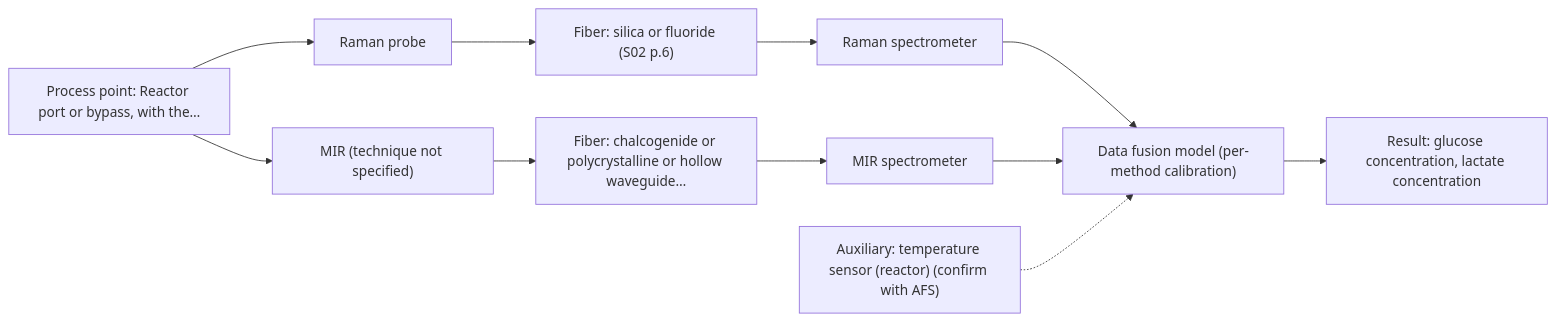
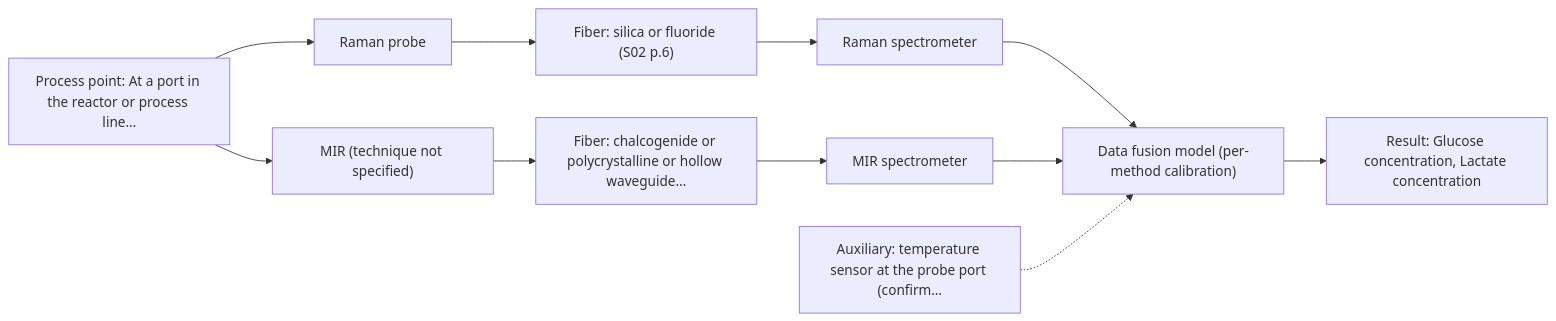
The second of 2 diagrams in outputs/dev/D04.md (sleipnir029/Afs-Spectroscopy-Assistant), drawn with Mermaid before and after one commit. The commit also changed other lines of this file and 15 other files, not shown here.

Commit message:
3.R2 dev run outputs: 8/8 complete, 0 hard failures, 227/227 citations, 14/14 charts

````diff
--- a/outputs/dev/D04.md
+++ b/outputs/dev/D04.md
@@ -55,23 +62,23 @@
 ```mermaid
 flowchart LR
-    proc["Process point: Reactor port or bypass, with the…"]
+    proc["Process point: At a port in the reactor or process line…"]
     probe1["Raman probe"]
     fiber1["Fiber: silica or fluoride (S02 p.6)"]
     spec1["Raman spectrometer"]
     probe2["MIR (technique not specified)"]
     fiber2["Fiber: chalcogenide or polycrystalline or hollow waveguide…"]
     spec2["MIR spectrometer"]
     model["Data fusion model (per-method calibration)"]
-    result["Result: glucose concentration, lactate concentration"]
-    aux1["Auxiliary: temperature sensor (reactor) (confirm with AFS)"]
+    result["Result: Glucose concentration, Lactate concentration"]
+    aux1["Auxiliary: temperature sensor at the probe port (confirm…"]
     proc --> probe1
     probe1 --> fiber1
     fiber1 --> spec1
     spec1 --> model
     proc --> probe2
     probe2 --> fiber2
     fiber2 --> spec2
     spec2 --> model
     model --> result
     aux1 -.-> model
 ```
````
